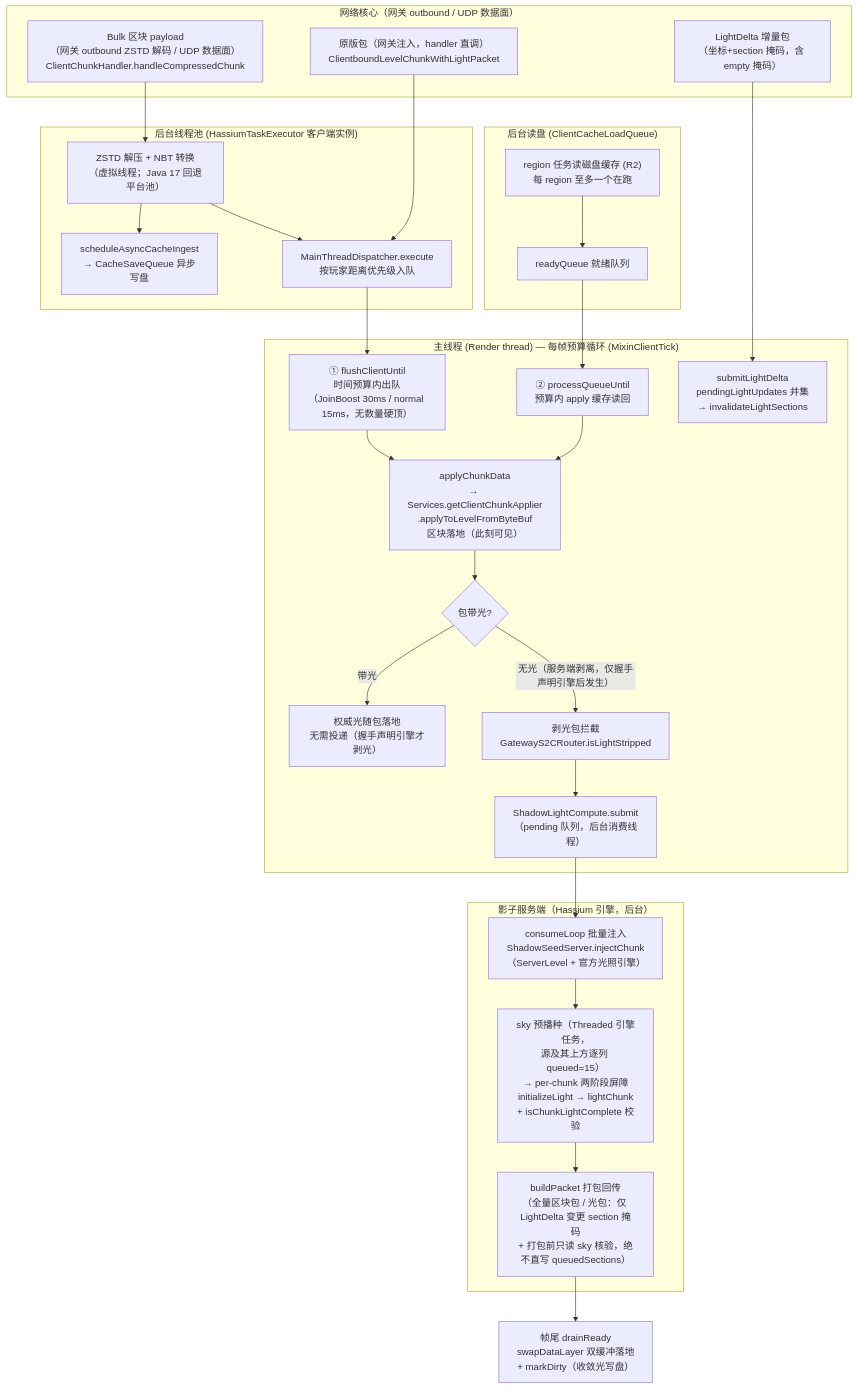
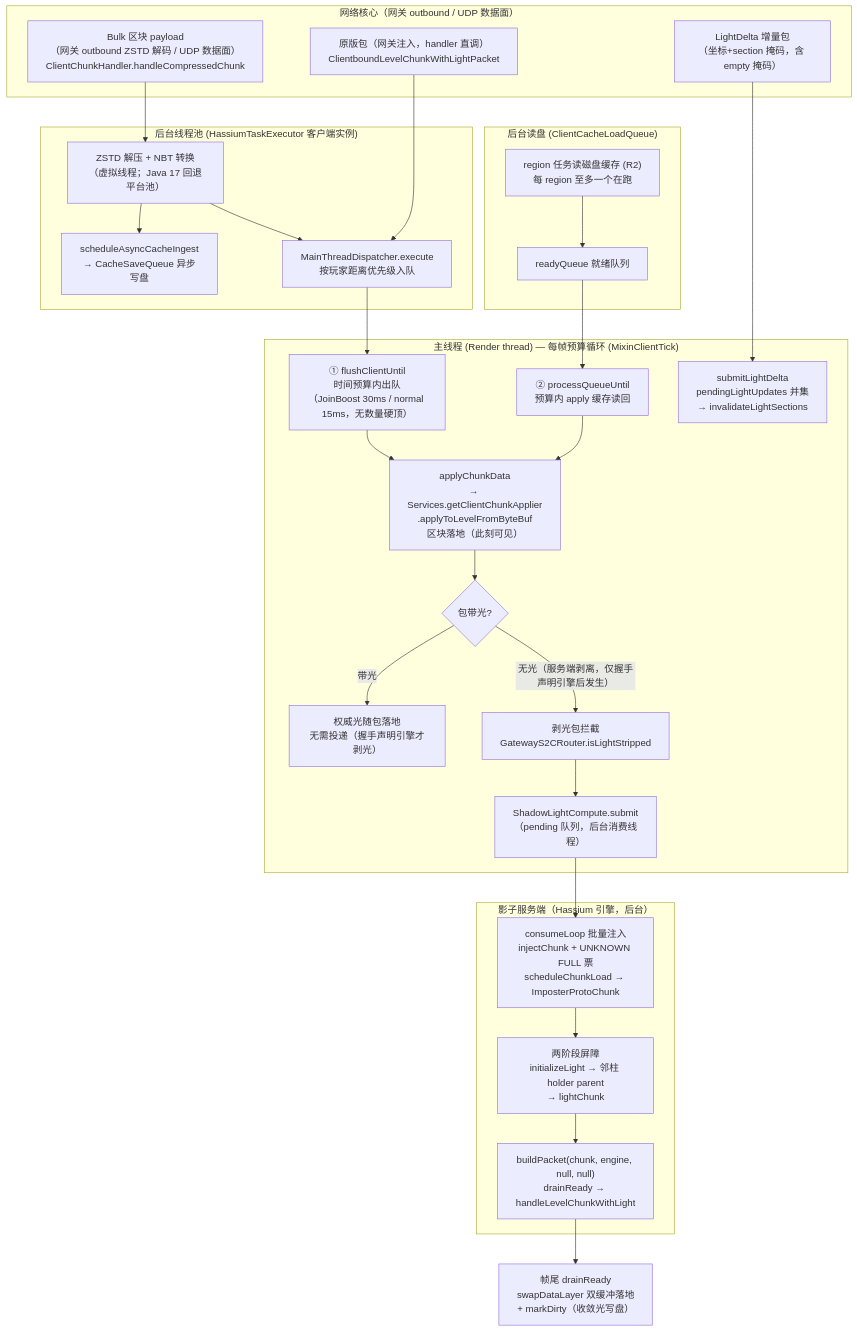
One commit to limuqy/Hassium changed the diagram in docs/client-chunk-light-flow.md. Above: the diagram before and after it, drawn with Mermaid. The commit also changed other lines of this file and 14 other files, not shown here.

First line of the commit message:
fix(seedgen): 注入柱进 ChunkMap 并用原版打包，修 Proto 强转与直推无 hash

````diff
--- a/docs/client-chunk-light-flow.md
+++ b/docs/client-chunk-light-flow.md
@@ -17,51 +17,51 @@
 ```mermaid
 flowchart TD
     subgraph GW["网络核心（网关 outbound / UDP 数据面）"]
         A["Bulk 区块 payload<br/>（网关 outbound ZSTD 解码 / UDP 数据面）<br/>ClientChunkHandler.handleCompressedChunk"]
         B["原版包（网关注入，handler 直调）<br/>ClientboundLevelChunkWithLightPacket"]
         C["LightDelta 增量包<br/>（坐标+section 掩码，含 empty 掩码）"]
     end
 
     subgraph BG["后台线程池 (HassiumTaskExecutor 客户端实例)"]
         D["ZSTD 解压 + NBT 转换<br/>（虚拟线程；Java 17 回退平台池）"]
         E["scheduleAsyncCacheIngest<br/>→ CacheSaveQueue 异步写盘"]
         F["MainThreadDispatcher.execute<br/>按玩家距离优先级入队"]
     end
 
     subgraph BG2["后台读盘 (ClientCacheLoadQueue)"]
         U["region 任务读磁盘缓存 (R2)<br/>每 region 至多一个在跑"]
         V["readyQueue 就绪队列"]
     end
 
     subgraph MAIN["主线程 (Render thread) — 每帧预算循环 (MixinClientTick)"]
         G["① flushClientUntil<br/>时间预算内出队<br/>（JoinBoost 30ms / normal 15ms，无数量硬顶）"]
         G2["② processQueueUntil<br/>预算内 apply 缓存读回"]
         H["applyChunkData<br/>→ Services.getClientChunkApplier<br/>.applyToLevelFromByteBuf<br/>区块落地（此刻可见）"]
         I{"包带光?"}
         J["权威光随包落地<br/>无需投递（握手声明引擎才剥光）"]
         K["剥光包拦截<br/>GatewayS2CRouter.isLightStripped"]
         K2["ShadowLightCompute.submit<br/>（pending 队列，后台消费线程）"]
         P["submitLightDelta<br/>pendingLightUpdates 并集<br/>→ invalidateLightSections"]
     end
 
     subgraph SHADOW["影子服务端（Hassium 引擎，后台）"]
-        Q["consumeLoop 批量注入<br/>ShadowSeedServer.injectChunk<br/>（ServerLevel + 官方光照引擎）"]
-        R["sky 预播种（Threaded 引擎任务，<br/>源及其上方逐列 queued=15）<br/>→ per-chunk 两阶段屏障<br/>initializeLight → lightChunk<br/>+ isChunkLightComplete 校验"]
-        S["buildPacket 打包回传<br/>（全量区块包 / 光包：仅 LightDelta 变更 section 掩码<br/>+ 打包前只读 sky 核验，绝不直写 queuedSections）"]
+        Q["consumeLoop 批量注入<br/>injectChunk + UNKNOWN FULL 票<br/>scheduleChunkLoad → ImposterProtoChunk"]
+        R["两阶段屏障<br/>initializeLight → 邻柱 holder parent<br/>→ lightChunk"]
+        S["buildPacket(chunk, engine, null, null)<br/>drainReady → handleLevelChunkWithLight"]
     end
 
     A --> D --> E
     D --> F
     B --> F
     U --> V
     F --> G
     V --> G2
     G --> H
     G2 --> H
     H --> I
     I -- "带光" --> J
     I -- "无光（服务端剥离，仅握手声明引擎后发生）" --> K
     K --> K2 --> Q --> R --> S
     C --> P
     S --> T["帧尾 drainReady<br/>swapDataLayer 双缓冲落地<br/>+ markDirty（收敛光写盘）"]
 ```
````
